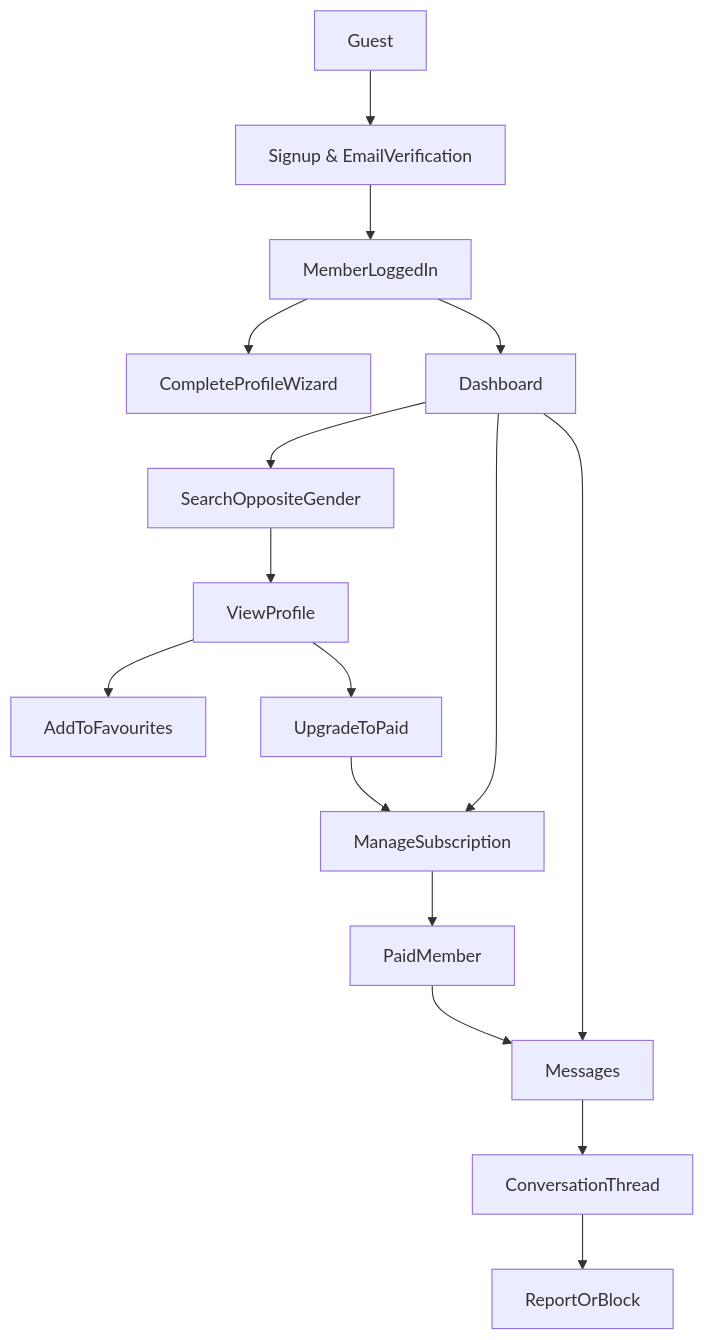
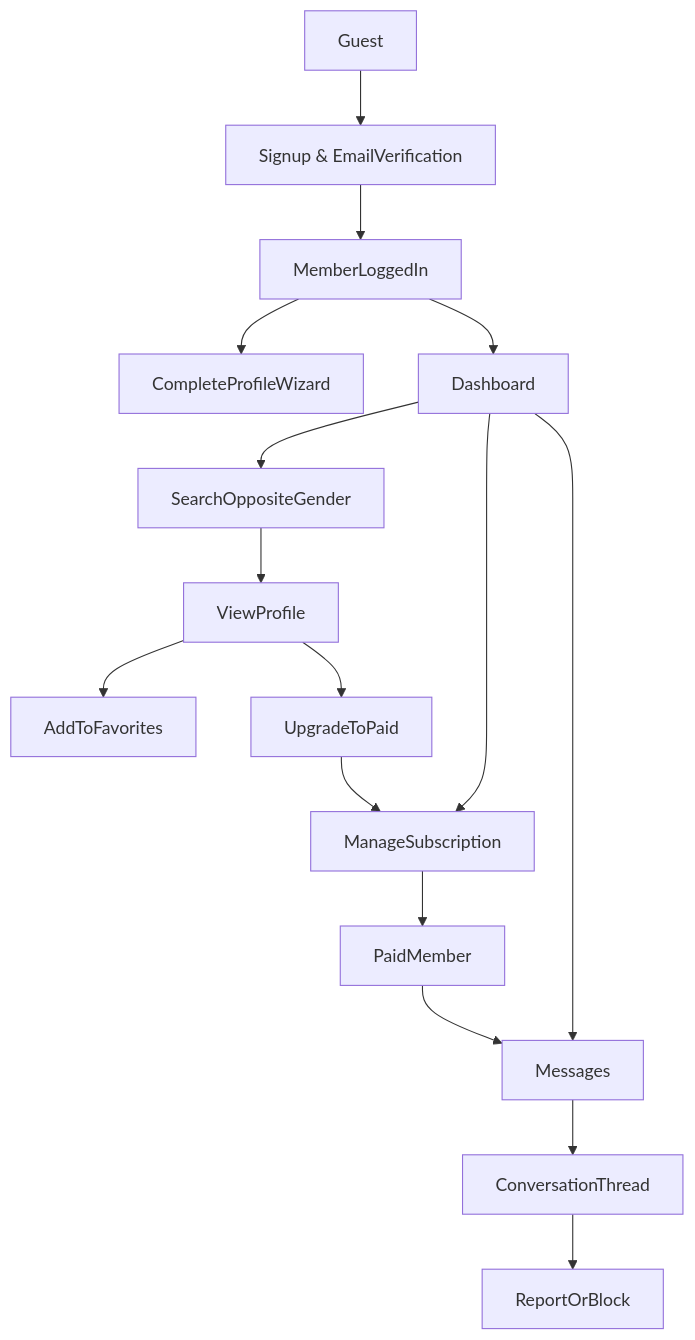
One commit to parvezi4/halal-harmony changed the diagram in docs/PLAN.md. Above: the diagram before and after it, drawn with Mermaid. The commit also changed other lines of this file and 3 other files, not shown here.

````diff
--- a/docs/PLAN.md
+++ b/docs/PLAN.md
@@ -254,20 +267,20 @@
 ```mermaid
 flowchart TD
   guest[Guest] --> signup[Signup & EmailVerification]
   signup --> member[MemberLoggedIn]
   member --> completeProfile[CompleteProfileWizard]
   member --> dashboard[Dashboard]
   dashboard --> search[SearchOppositeGender]
   dashboard --> messages[Messages]
   dashboard --> subscription[ManageSubscription]
 
   search --> viewProfile[ViewProfile]
-  viewProfile --> shortlist[AddToFavourites]
+  viewProfile --> shortlist[AddToFavorites]
   viewProfile --> subscribeIfNeeded[UpgradeToPaid]
   subscribeIfNeeded --> subscription
   subscription --> paidMember[PaidMember]
   paidMember --> messages
 
   messages --> thread[ConversationThread]
   thread --> report[ReportOrBlock]
 ```
````
